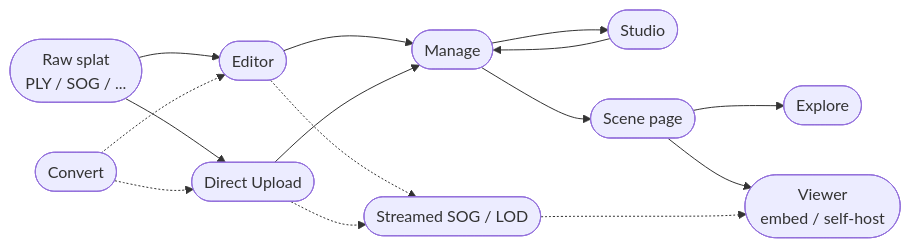
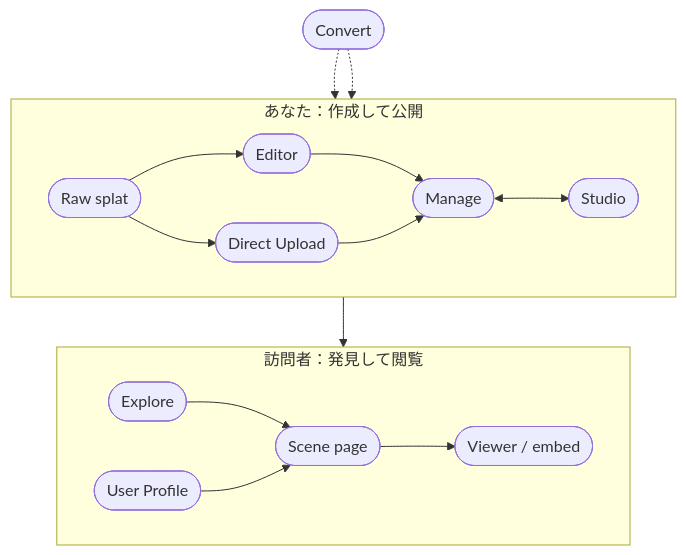
Before and after one commit to playcanvas/developer-site: the diagram in i18n/ja/docusaurus-plugin-content-docs/current/user-manual/supersplat/index.md, drawn with Mermaid. The commit also changed 1 other file, not shown here.

Commit message:
Redesign SuperSplat overview diagram as a two-audience journey
The old flowchart mixed tools, pages, a library, and a format under one
shape, had a backwards Scene->Explore arrow, and carried architecture
noise (the Streamed SOG/LOD node). Replace it with two lanes — "You:
create and publish" and "Visitors: discover and view" — meeting at the
Scene page, with Convert as optional prep and corrected arrow directions.

The Streaming page stays discoverable via the prose link and sidebar, so
dropping its node from the diagram is no regression. EN + JA (subgraph
titles localized; node labels kept in English per the file's convention).

````diff
--- a/i18n/ja/docusaurus-plugin-content-docs/current/user-manual/supersplat/index.md
+++ b/i18n/ja/docusaurus-plugin-content-docs/current/user-manual/supersplat/index.md
@@ -10,25 +10,23 @@
 ```mermaid
-flowchart LR
-    PLY([Raw splat<br/>PLY / SOG / ...])
-    Editor([Editor])
-    Upload([Direct Upload])
-    Manage([Manage])
-    Studio([Studio])
-    Scene([Scene page])
-    Explore([Explore])
-    Viewer([Viewer<br/>embed / self-host])
-    Convert([Convert])
-    Streaming([Streamed SOG / LOD])
+flowchart TB
+    subgraph you [あなた：作成して公開]
+        direction LR
+        raw([Raw splat]) --> editor([Editor])
+        raw --> upload([Direct Upload])
+        editor --> manage([Manage])
+        upload --> manage
+        manage <--> studio([Studio])
+    end
 
-    PLY --> Editor --> Manage
-    PLY --> Upload --> Manage
-    Convert -.-> Editor
-    Convert -.-> Upload
-    Manage --> Studio --> Manage
-    Manage --> Scene
-    Scene --> Explore
-    Scene --> Viewer
-    Editor -.-> Streaming
-    Upload -.-> Streaming
-    Streaming -.-> Viewer
+    manage --> scene([Scene page])
+
+    subgraph visitors [訪問者：発見して閲覧]
+        direction LR
+        explore([Explore]) --> scene
+        profile([User Profile]) --> scene
+        scene --> viewer([Viewer / embed])
+    end
+
+    convert([Convert]) -.-> editor
+    convert -.-> upload
 ```
````
